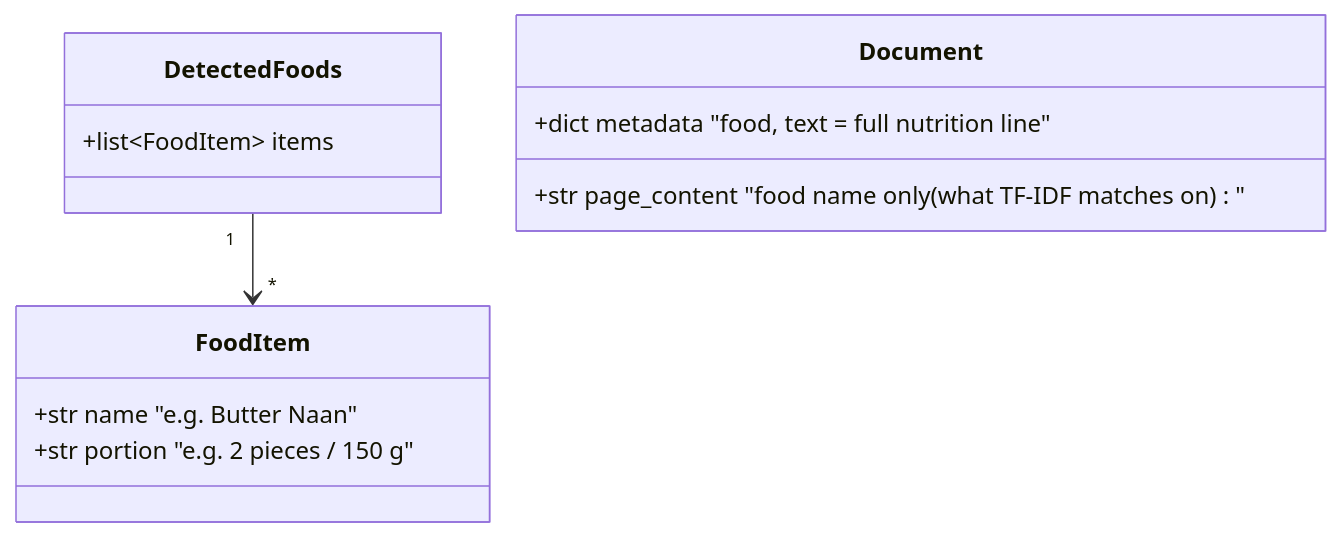
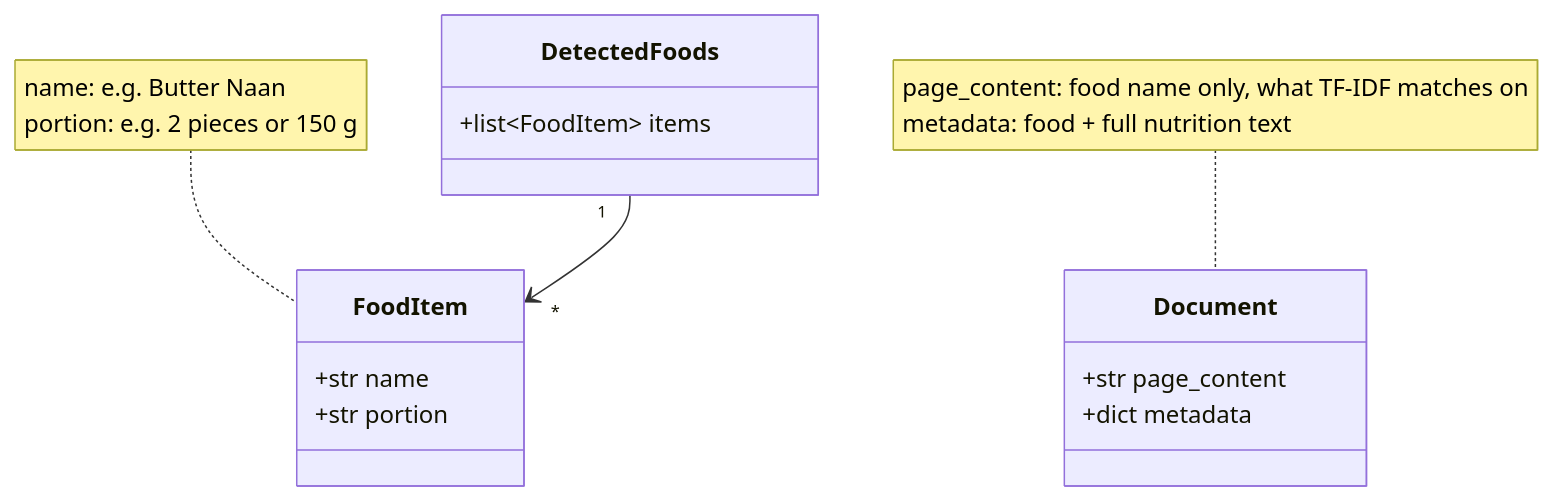
One commit to shiwangagarwal/calorie-detection-using-langchain-and-rag changed the second of 2 diagrams in PROJECT_SUMMARY.md. Above: the diagram before and after it, drawn with Mermaid. The commit also changed other lines of this file, not shown here.

Commit message:
Remove broken HLD diagram from project summary

````diff
--- a/PROJECT_SUMMARY.md
+++ b/PROJECT_SUMMARY.md
@@ -89,15 +52,17 @@
 ```mermaid
 classDiagram
     class DetectedFoods {
         +list~FoodItem~ items
     }
     class FoodItem {
-        +str name   "e.g. Butter Naan"
-        +str portion "e.g. 2 pieces / 150 g"
+        +str name
+        +str portion
     }
     class Document {
-        +str page_content  "food name only (what TF-IDF matches on)"
-        +dict metadata     "food, text = full nutrition line"
+        +str page_content
+        +dict metadata
     }
     DetectedFoods "1" --> "*" FoodItem
+    note for FoodItem "name: e.g. Butter Naan<br/>portion: e.g. 2 pieces or 150 g"
+    note for Document "page_content: food name only, what TF-IDF matches on<br/>metadata: food + full nutrition text"
 ```
````
